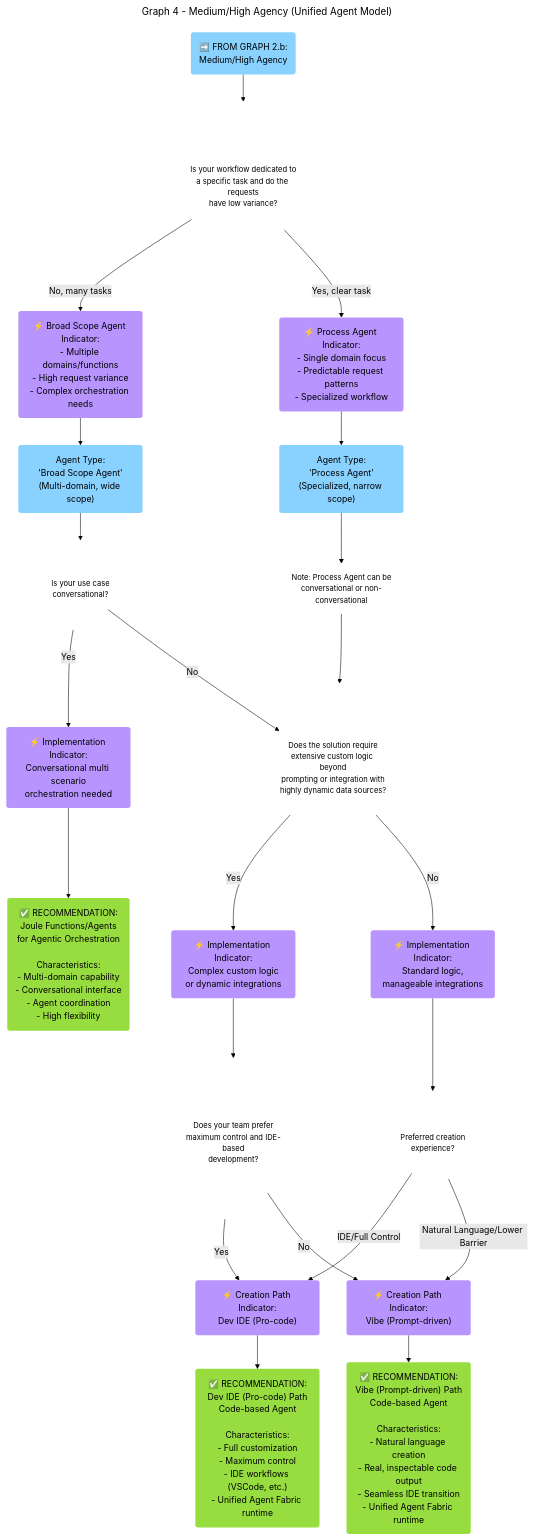
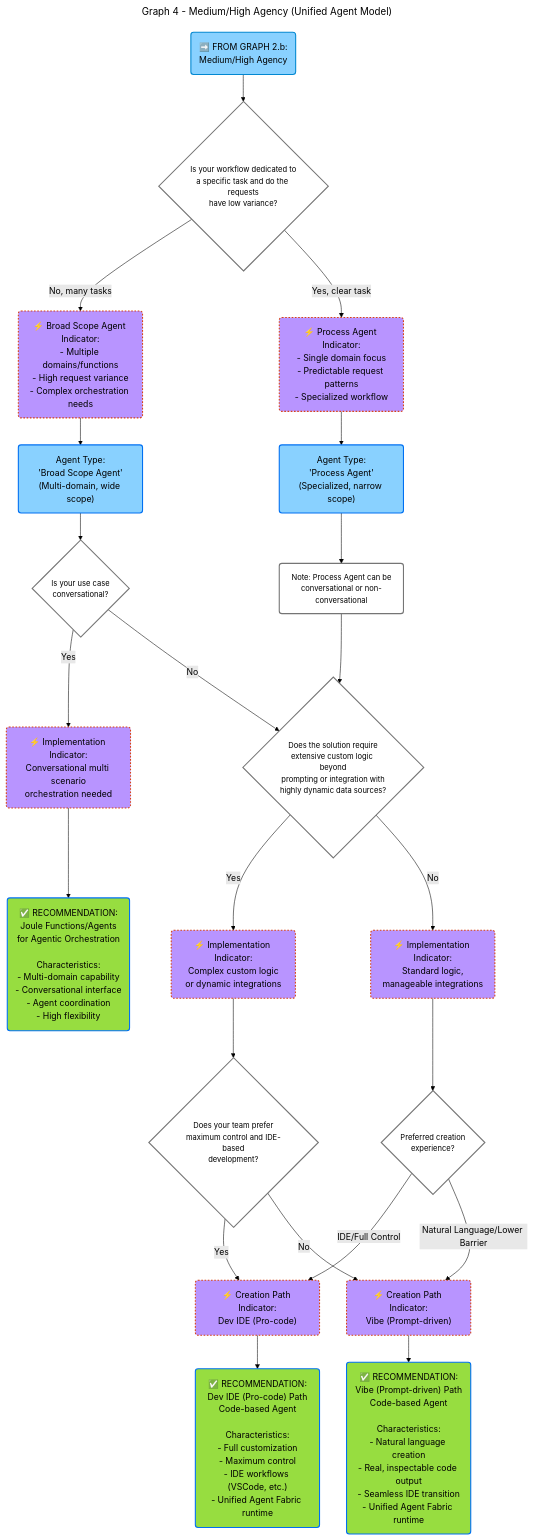
Before and after one commit to SAP/architecture-center: the fifth of 5 diagrams in docs/golden-path/ai-golden-path/1-technology-overview/readme.md, drawn with Mermaid (forest theme). The commit also changed other lines of this file and 2 other files, not shown here.

Commit message:
mermaid improvements for dark and light themes

````diff
--- a/docs/golden-path/ai-golden-path/1-technology-overview/readme.md
+++ b/docs/golden-path/ai-golden-path/1-technology-overview/readme.md
@@ -380,70 +380,70 @@
 ```mermaid
 ---
 title: Graph 4 - Medium/High Agency (Unified Agent Model)
 ---
 flowchart TD
     StartG4("➡️ FROM GRAPH 2.b:<br>Medium/High Agency")
 
     StartG4 --> E{"Is your workflow dedicated to<br>a specific task and do the requests<br>have low variance?"}
 
     E -->|No, many tasks|CheckBroad("⚡ Broad Scope Agent Indicator:<br>- Multiple domains/functions<br>- High request variance<br>- Complex orchestration needs")
 
     E -->|Yes, clear task|CheckSpecific("⚡ Process Agent Indicator:<br>- Single domain focus<br>- Predictable request patterns<br>- Specialized workflow")
 
     CheckSpecific --> G1("Agent Type:<br>'Process Agent'<br>(Specialized, narrow scope)")
 
     CheckBroad --> G2("Agent Type:<br>'Broad Scope Agent'<br>(Multi-domain, wide scope)")
 
     %% Broad Scope Agent Path
     G2 --> ConvAgentic{"Is your use case<br>conversational?"}
 
     ConvAgentic -->|Yes|CheckOrchestration("⚡ Implementation Indicator:<br>Conversational multi scenario<br>orchestration needed")
 
     ConvAgentic -->|No|Control{"Does the solution require<br>extensive custom logic beyond<br>prompting or integration with<br>highly dynamic data sources?"}
 
     %% Process Agent Path
     G1 --> Disclaimer("Note: Process Agent can be<br>conversational or non-conversational")
 
     Disclaimer --> Control
 
     Control -->|Yes|CheckCustom("⚡ Implementation Indicator:<br>Complex custom logic<br>or dynamic integrations")
 
     CheckCustom --> Skills{"Does your team prefer<br>maximum control and IDE-based<br>development?"}
 
     Control -->|No|CheckSimple("⚡ Implementation Indicator:<br>Standard logic,<br>manageable integrations")
 
     Skills -->|Yes|CheckProCode("⚡ Creation Path Indicator:<br>Dev IDE (Pro-code)")
 
     Skills -->|No|CheckVibe("⚡ Creation Path Indicator:<br>Vibe (Prompt-driven)")
 
     CheckSimple --> PathChoice{"Preferred creation<br>experience?"}
 
     PathChoice -->|IDE/Full Control|CheckProCode
     PathChoice -->|Natural Language/Lower Barrier|CheckVibe
 
     %% Connect to results
     CheckOrchestration --> R1
     CheckVibe --> R2
     CheckProCode --> R3
 
     %% Results at bottom
     R1("✅ RECOMMENDATION:<br>Joule Functions/Agents<br>for Agentic Orchestration<br><br>Characteristics:<br>- Multi-domain capability<br>- Conversational interface<br>- Agent coordination<br>- High flexibility")
 
     R2("✅ RECOMMENDATION:<br>Vibe (Prompt-driven) Path<br>Code-based Agent<br><br>Characteristics:<br>- Natural language creation<br>- Real, inspectable code output<br>- Seamless IDE transition<br>- Unified Agent Fabric runtime")
 
     R3("✅ RECOMMENDATION:<br>Dev IDE (Pro-code) Path<br>Code-based Agent<br><br>Characteristics:<br>- Full customization<br>- Maximum control<br>- IDE workflows (VSCode, etc.)<br>- Unified Agent Fabric runtime")
 
     %% Styling
-    classDef decision fill:#fff,stroke:#757575,stroke-width:0px,font-size:14
-    classDef warning fill:#FFC933,stroke:#f44336,stroke-width:0px
-    classDef indicator fill:#B894FF,stroke:#d84315,stroke-width:0px,stroke-dasharray: 3 3
-    classDef continueNext fill:#89D1FF,stroke:#0288d1,stroke-width:0px
-    classDef startNode fill:#89D1FF,stroke:#0070F2,stroke-width:0px
-    classDef recommendation fill:#97DD40,stroke:#0070F2,stroke-width:0px
+    classDef decision fill:#fff,stroke:#757575,stroke-width:2px,font-size:14
+    classDef warning fill:#FFC933,stroke:#f44336,stroke-width:2px
+    classDef indicator fill:#B894FF,stroke:#d84315,stroke-width:2px,stroke-dasharray: 3 3
+    classDef continueNext fill:#89D1FF,stroke:#0288d1,stroke-width:2px
+    classDef startNode fill:#89D1FF,stroke:#0070F2,stroke-width:2px
+    classDef recommendation fill:#97DD40,stroke:#0070F2,stroke-width:2px
 
     class StartG4 continueNext
     class E,ConvAgentic,Control,Skills,Disclaimer,PathChoice decision
     class G1,G2 startNode
     class R1,R2,R3 recommendation
     class CheckBroad,CheckSpecific,CheckCustom,CheckSimple,CheckProCode,CheckVibe,CheckOrchestration indicator
 ```
````
